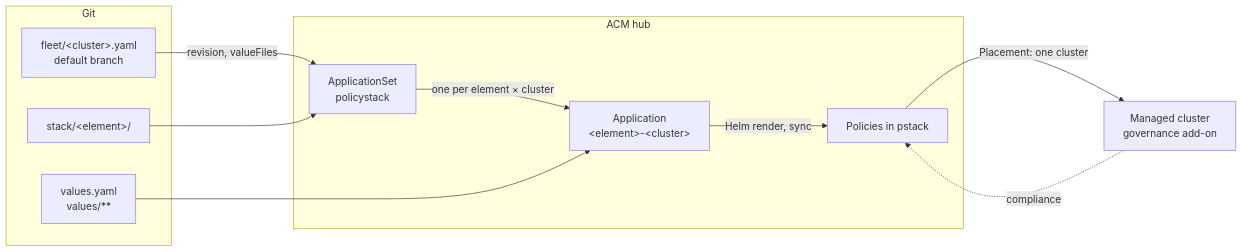
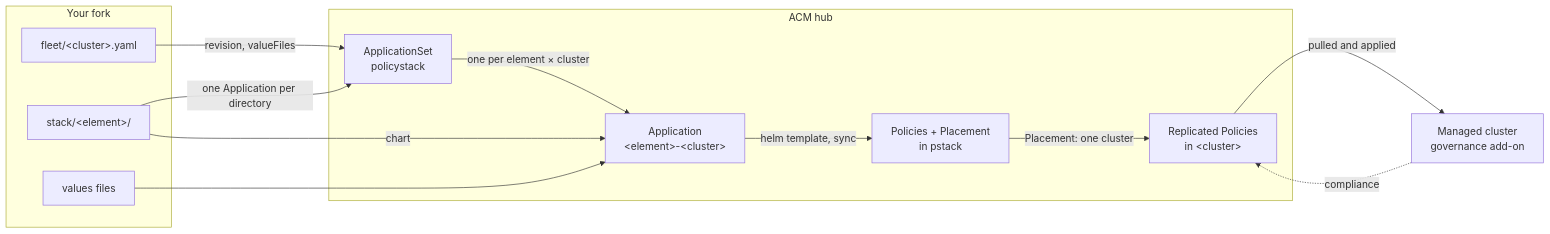
The diagram in docs/index.md (PolicyStack/PolicyStack), drawn with Mermaid before and after one commit. The commit also changed other lines of this file and 28 other files, not shown here.

````diff
--- a/docs/index.md
+++ b/docs/index.md
@@ -5,21 +13,24 @@
 ```mermaid
 flowchart LR
-  subgraph git["Git"]
-    fleet["fleet/#lt;cluster#gt;.yaml<br>default branch"]
+  subgraph git["Your fork"]
+    fleet["fleet/#lt;cluster#gt;.yaml"]
     stack["stack/#lt;element#gt;/"]
-    vals["values.yaml<br>values/**"]
+    vals["values files"]
   end
   subgraph hub["ACM hub"]
     appset["ApplicationSet<br>policystack"]
     app["Application<br>#lt;element#gt;-#lt;cluster#gt;"]
-    pol["Policies in pstack"]
+    pol["Policies + Placement<br>in pstack"]
+    rep["Replicated Policies<br>in #lt;cluster#gt;"]
   end
   spoke["Managed cluster<br>governance add-on"]
   fleet -->|"revision, valueFiles"| appset
-  stack --> appset
+  stack -->|"one Application per directory"| appset
+  stack -->|"chart"| app
   appset -->|"one per element × cluster"| app
   vals --> app
-  app -->|"Helm render, sync"| pol
-  pol -->|"Placement: one cluster"| spoke
-  spoke -.->|"compliance"| pol
+  app -->|"helm template, sync"| pol
+  pol -->|"Placement: one cluster"| rep
+  rep -->|"pulled and applied"| spoke
+  spoke -.->|"compliance"| rep
 ```
````
